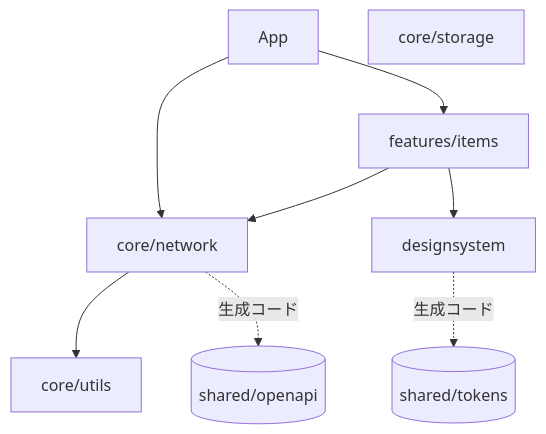
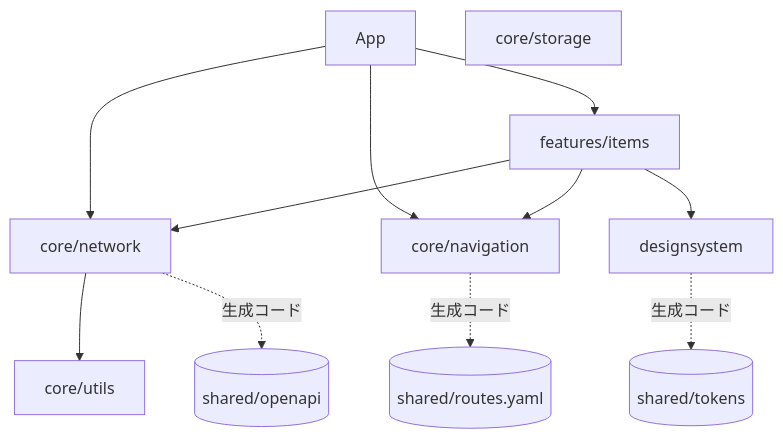
One commit to imk1t/native-sync-template changed the second of 2 diagrams in README.md. Above: the diagram before and after it, drawn with Mermaid. The commit also changed other lines of this file and 60 other files, not shown here.

First line of the commit message:
画面遷移の仕組みを追加する（Navigator と shared/routes.yaml） (#6)

````diff
--- a/README.md
+++ b/README.md
@@ -138,11 +140,14 @@
 ```mermaid
 flowchart TD
     app["App"] --> items["features/items"]
     app --> network["core/network"]
+    app --> navigation["core/navigation"]
     items --> network
+    items --> navigation
     items --> designsystem
     network --> utils["core/utils"]
     network -.->|生成コード| openapi[("shared/openapi")]
+    navigation -.->|生成コード| routes[("shared/routes.yaml")]
     designsystem -.->|生成コード| tokens[("shared/tokens")]
     storage["core/storage"]
 ```
````
